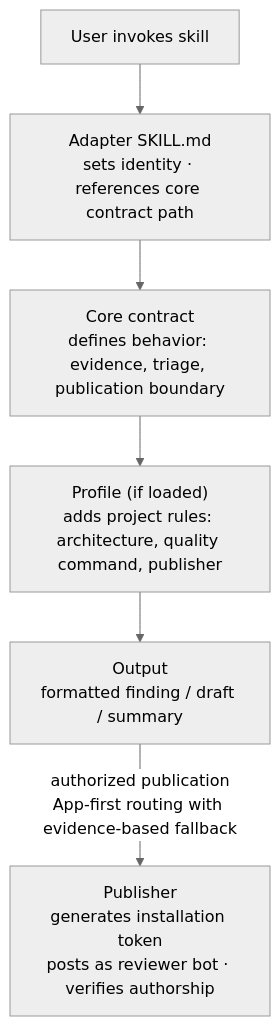
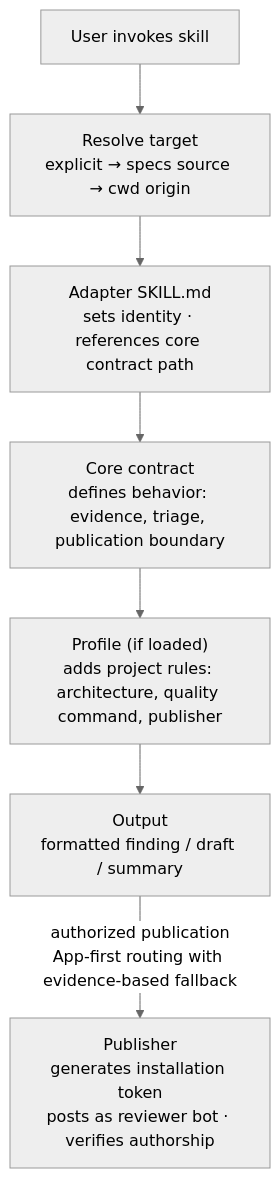
One commit to dgaramos/dr-agents changed the fourth of 4 diagrams in docs/architecture.md. Above: the diagram before and after it, drawn with Mermaid (neutral theme). The commit also changed other lines of this file and 49 other files, not shown here.

First line of the commit message:
feat(core): target-resolution contract, resolve-target.sh, and docs (#400)

````diff
--- a/docs/architecture.md
+++ b/docs/architecture.md
@@ -107,12 +108,13 @@
 ```mermaid
 flowchart TD
     U["User invokes skill"]
+    TR["Resolve target\nexplicit → specs source → cwd origin"]
     AD["Adapter SKILL.md\nsets identity · references core contract path"]
     CO["Core contract\ndefines behavior: evidence, triage, publication boundary"]
     PR["Profile (if loaded)\nadds project rules: architecture, quality command, publisher"]
     OUT["Output\nformatted finding / draft / summary"]
     PUB["Publisher\ngenerates installation token\nposts as reviewer bot · verifies authorship"]
 
-    U --> AD --> CO --> PR --> OUT
+    U --> TR --> AD --> CO --> PR --> OUT
     OUT -->|"authorized publication\nApp-first routing with evidence-based fallback"| PUB
 ```
````
